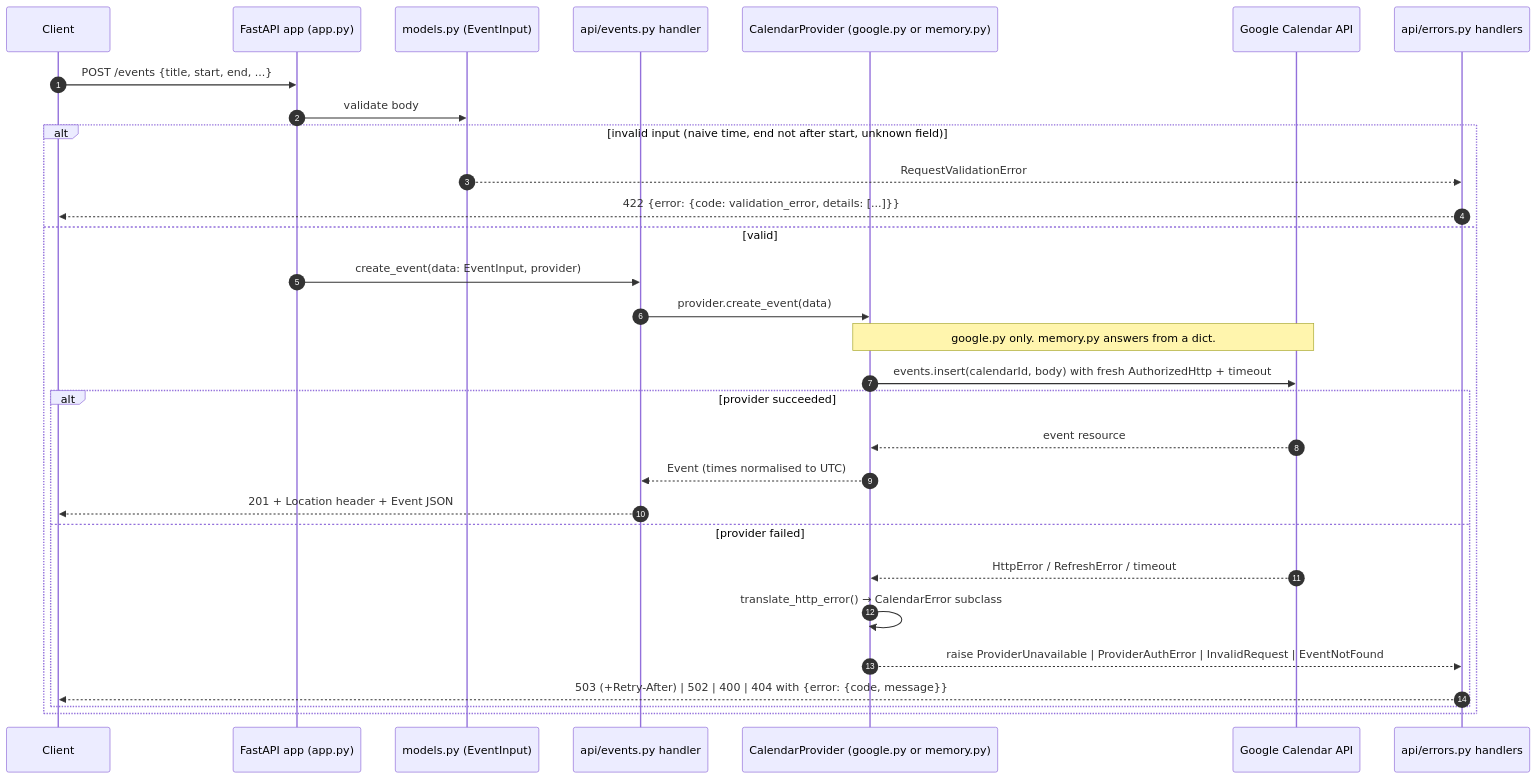
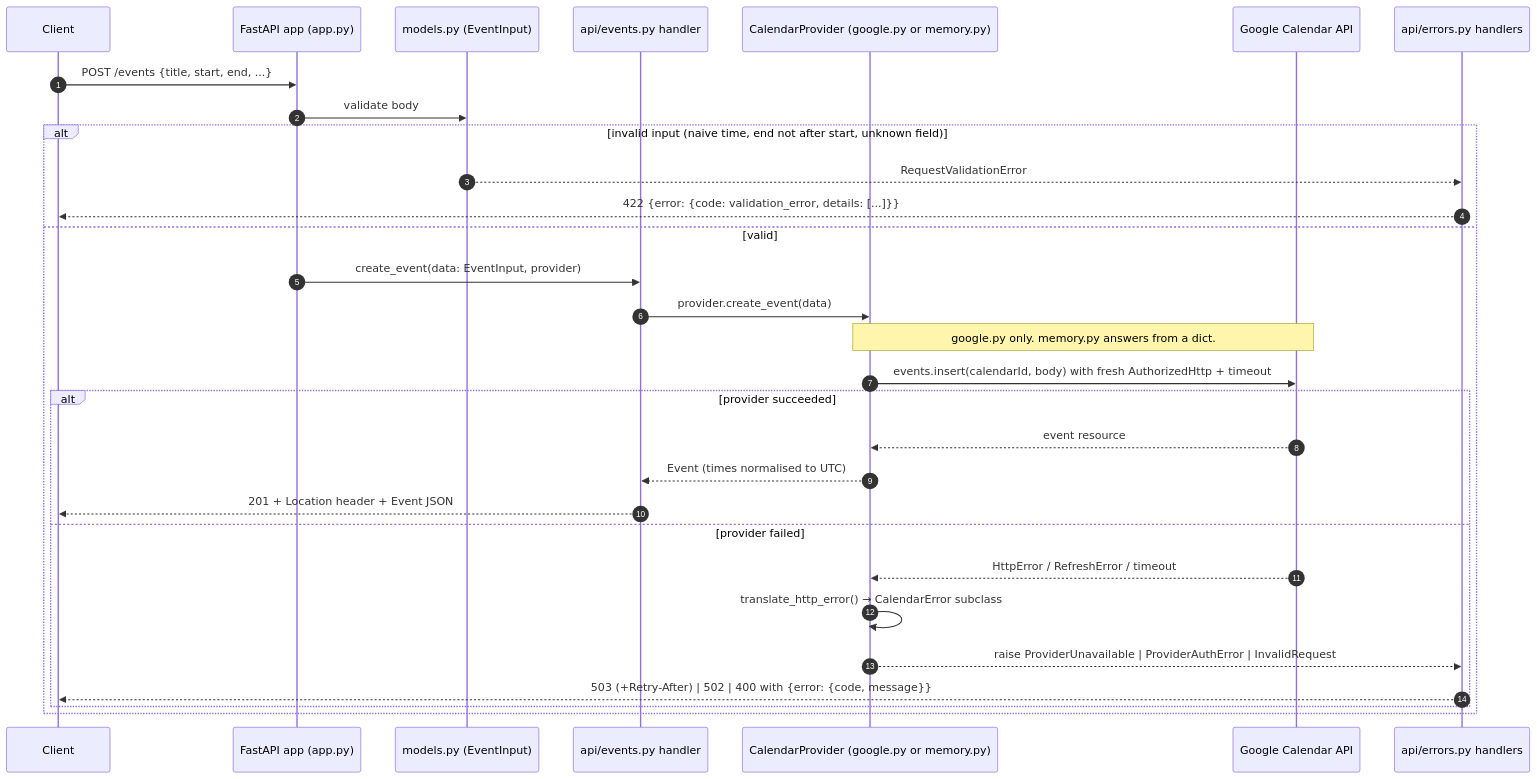
The second of 3 diagrams in docs/ARCHITECTURE.md (samthropic/BASKD), drawn with Mermaid before and after one commit. The commit also changed other lines of this file and 3 other files, not shown here.

````diff
--- a/docs/ARCHITECTURE.md
+++ b/docs/ARCHITECTURE.md
@@ -76,33 +76,33 @@
 ```mermaid
 sequenceDiagram
     autonumber
     participant C as Client
     participant F as FastAPI app (app.py)
     participant V as models.py (EventInput)
     participant R as api/events.py handler
     participant P as CalendarProvider (google.py or memory.py)
     participant G as Google Calendar API
     participant E as api/errors.py handlers
 
     C->>F: POST /events {title, start, end, ...}
     F->>V: validate body
     alt invalid input (naive time, end not after start, unknown field)
         V-->>E: RequestValidationError
         E-->>C: 422 {error: {code: validation_error, details: [...]}}
     else valid
         F->>R: create_event(data: EventInput, provider)
         R->>P: provider.create_event(data)
         Note over P,G: google.py only. memory.py answers from a dict.
         P->>G: events.insert(calendarId, body) with fresh AuthorizedHttp + timeout
         alt provider succeeded
             G-->>P: event resource
             P-->>R: Event (times normalised to UTC)
             R-->>C: 201 + Location header + Event JSON
         else provider failed
             G-->>P: HttpError / RefreshError / timeout
             P->>P: translate_http_error() → CalendarError subclass
-            P-->>E: raise ProviderUnavailable | ProviderAuthError | InvalidRequest | EventNotFound
-            E-->>C: 503 (+Retry-After) | 502 | 400 | 404 with {error: {code, message}}
+            P-->>E: raise ProviderUnavailable | ProviderAuthError | InvalidRequest
+            E-->>C: 503 (+Retry-After) | 502 | 400 with {error: {code, message}}
         end
     end
 ```
````
